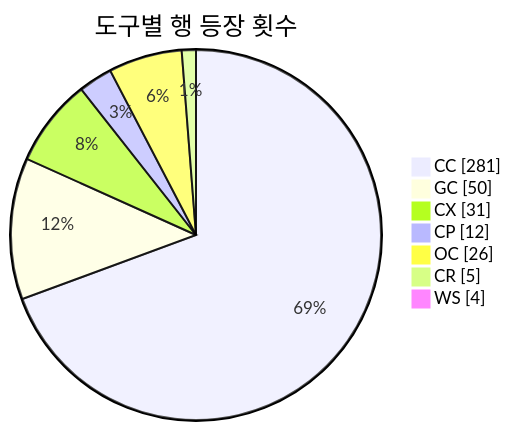
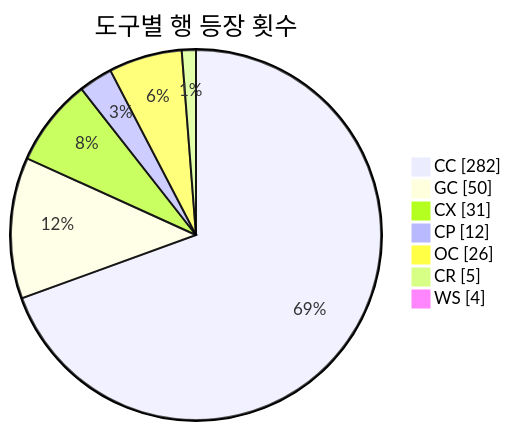
The second of 3 diagrams in README.md (J-nowcow/awesome-korean-agent-skills), drawn with Mermaid before and after one commit. The commit also changed other lines of this file and 4 other files, not shown here.

````diff
--- a/README.md
+++ b/README.md
@@ -193,11 +193,11 @@
 ```mermaid
 pie showData
     title 도구별 행 등장 횟수
-    "CC" : 281
+    "CC" : 282
     "GC" : 50
     "CX" : 31
     "CP" : 12
     "OC" : 26
     "CR" : 5
     "WS" : 4
 ```
````
